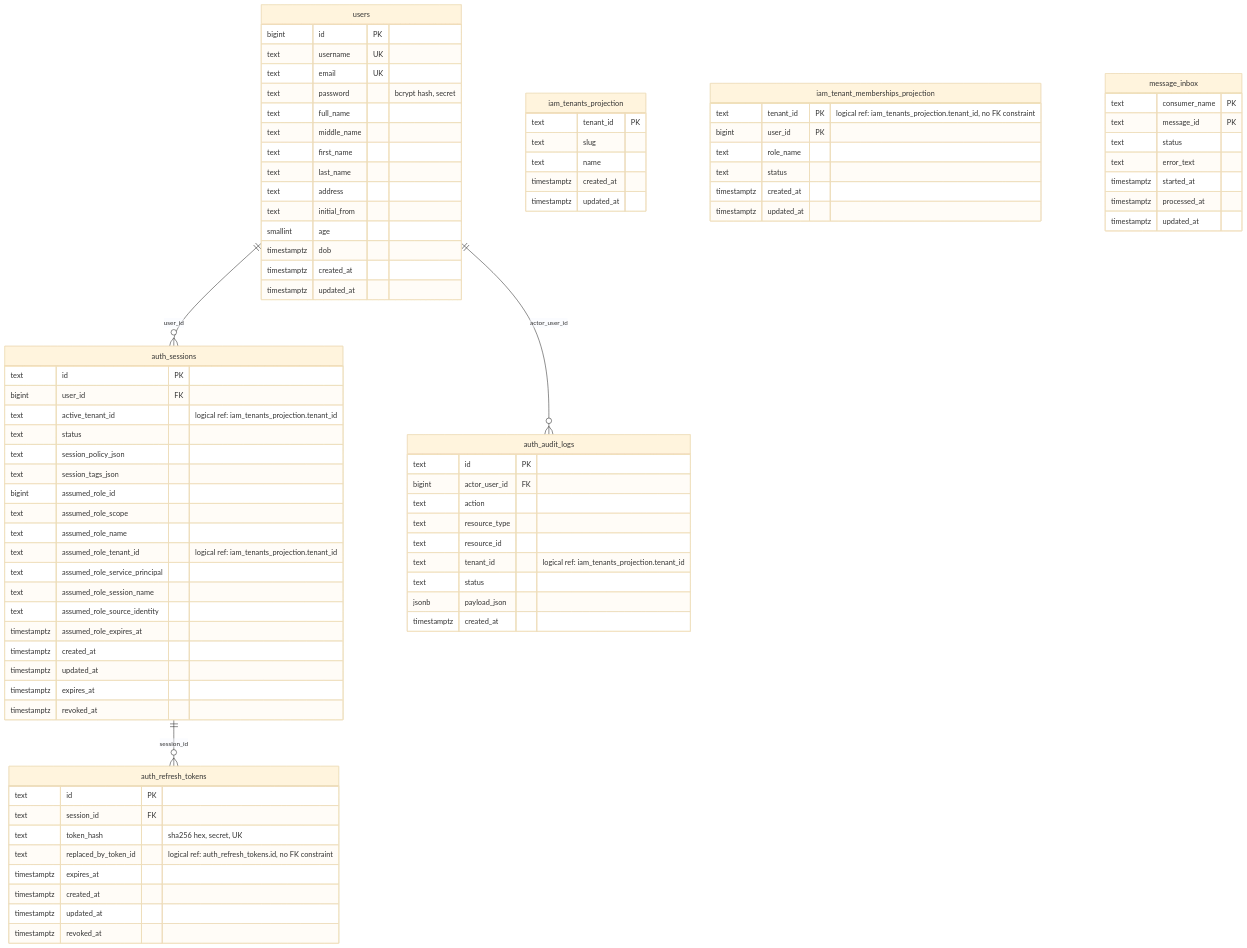
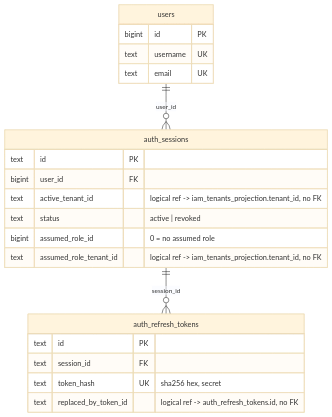
One commit to tuannm99/podzone changed the second of 5 diagrams in docs/03-architecture-detail-design/services/auth/db-design.md. Above: the diagram before and after it, drawn with Mermaid (base theme). The commit also changed other lines of this file and 57 other files, not shown here.

````diff
--- a/docs/03-architecture-detail-design/services/auth/db-design.md
+++ b/docs/03-architecture-detail-design/services/auth/db-design.md
@@ -21,94 +59,25 @@
 ```mermaid
 erDiagram
     users ||--o{ auth_sessions : "user_id"
-    users ||--o{ auth_audit_logs : "actor_user_id"
     auth_sessions ||--o{ auth_refresh_tokens : "session_id"
 
     users {
         bigint id PK
         text username UK
         text email UK
-        text password "bcrypt hash, secret"
-        text full_name
-        text middle_name
-        text first_name
-        text last_name
-        text address
-        text initial_from
-        smallint age
-        timestamptz dob
-        timestamptz created_at
-        timestamptz updated_at
     }
-
     auth_sessions {
         text id PK
         bigint user_id FK
-        text active_tenant_id "logical ref: iam_tenants_projection.tenant_id"
-        text status
-        text session_policy_json
-        text session_tags_json
-        bigint assumed_role_id
-        text assumed_role_scope
-        text assumed_role_name
-        text assumed_role_tenant_id "logical ref: iam_tenants_projection.tenant_id"
-        text assumed_role_service_principal
-        text assumed_role_session_name
-        text assumed_role_source_identity
-        timestamptz assumed_role_expires_at
-        timestamptz created_at
-        timestamptz updated_at
-        timestamptz expires_at
-        timestamptz revoked_at
+        text active_tenant_id "logical ref -> iam_tenants_projection.tenant_id, no FK"
+        text status "active | revoked"
+        bigint assumed_role_id "0 = no assumed role"
+        text assumed_role_tenant_id "logical ref -> iam_tenants_projection.tenant_id, no FK"
     }
-
     auth_refresh_tokens {
         text id PK
         text session_id FK
-        text token_hash "sha256 hex, secret, UK"
-        text replaced_by_token_id "logical ref: auth_refresh_tokens.id, no FK constraint"
-        timestamptz expires_at
-        timestamptz created_at
-        timestamptz updated_at
-        timestamptz revoked_at
-    }
-
-    auth_audit_logs {
-        text id PK
-        bigint actor_user_id FK
-        text action
-        text resource_type
-        text resource_id
-        text tenant_id "logical ref: iam_tenants_projection.tenant_id"
-        text status
-        jsonb payload_json
-        timestamptz created_at
-    }
-
-    iam_tenants_projection {
-        text tenant_id PK
-        text slug
-        text name
-        timestamptz created_at
-        timestamptz updated_at
-    }
-
-    iam_tenant_memberships_projection {
-        text tenant_id PK "logical ref: iam_tenants_projection.tenant_id, no FK constraint"
-        bigint user_id PK
-        text role_name
-        text status
-        timestamptz created_at
-        timestamptz updated_at
-    }
-
-    message_inbox {
-        text consumer_name PK
-        text message_id PK
-        text status
-        text error_text
-        timestamptz started_at
-        timestamptz processed_at
-        timestamptz updated_at
+        text token_hash UK "sha256 hex, secret"
+        text replaced_by_token_id "logical ref -> auth_refresh_tokens.id, no FK"
     }
 ```
````
